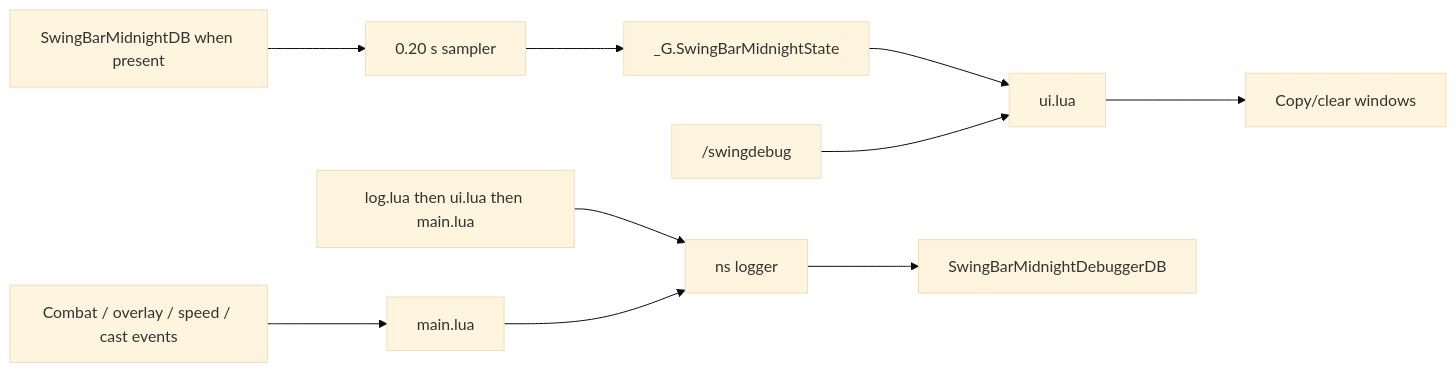
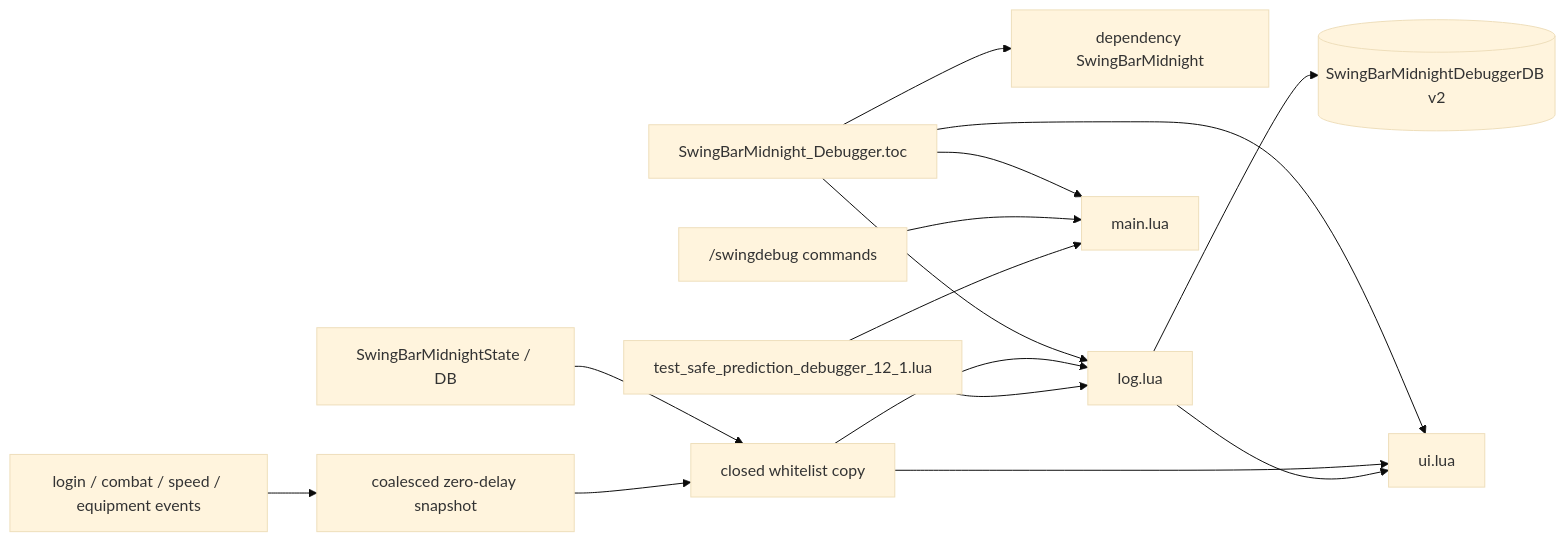
Before and after one commit to UnknownAlienHuman/swing-bar-midnight-debugger: the diagram in CODE_GRAPH.md, drawn with Mermaid (base theme). The commit also changed other lines of this file, not shown here.

Commit message:
docs: update the event-driven debugger graph

````diff
--- a/CODE_GRAPH.md
+++ b/CODE_GRAPH.md
@@ -3,12 +3,17 @@
 ```mermaid
 flowchart LR
-  TOC[log.lua then ui.lua then main.lua] --> Logger[ns logger]
-  Events[Combat / overlay / speed / cast events] --> Main[main.lua]
-  Main --> Logger
-  Sampler[0.20 s sampler] --> MainState[_G.SwingBarMidnightState]
-  MainDB[SwingBarMidnightDB when present] --> Sampler
-  MainState --> UI[ui.lua]
-  Logger --> DebugDB[SwingBarMidnightDebuggerDB]
-  Command["/swingdebug"] --> UI
-  UI --> Copy[Copy/clear windows]
+  T["SwingBarMidnight_Debugger.toc"] --> D["dependency SwingBarMidnight"]
+  T --> L["log.lua"]
+  T --> U["ui.lua"]
+  T --> M["main.lua"]
+  S["SwingBarMidnightState / DB"] --> W["closed whitelist copy"]
+  E["login / combat / speed / equipment events"] --> Q["coalesced zero-delay snapshot"]
+  Q --> W
+  W --> L
+  L --> DB[("SwingBarMidnightDebuggerDB v2")]
+  W --> U
+  L --> U
+  C["/swingdebug commands"] --> M
+  X["test_safe_prediction_debugger_12_1.lua"] --> L
+  X --> M
 ```
````
